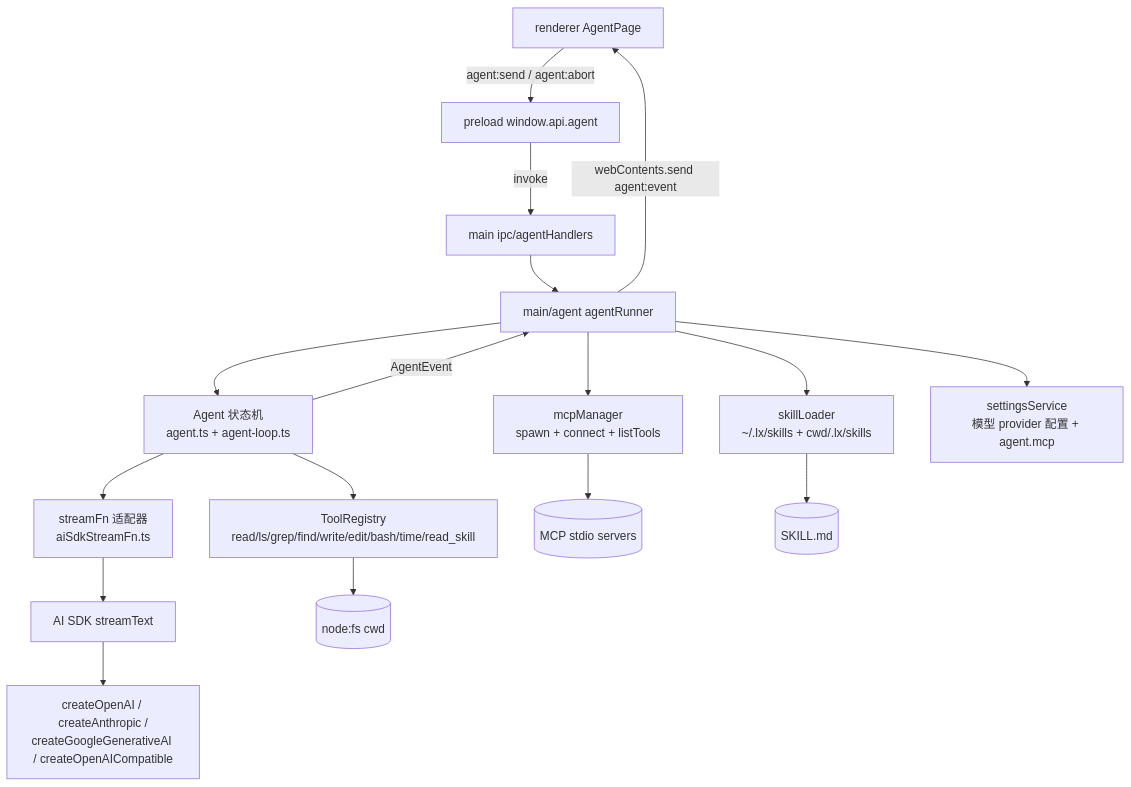
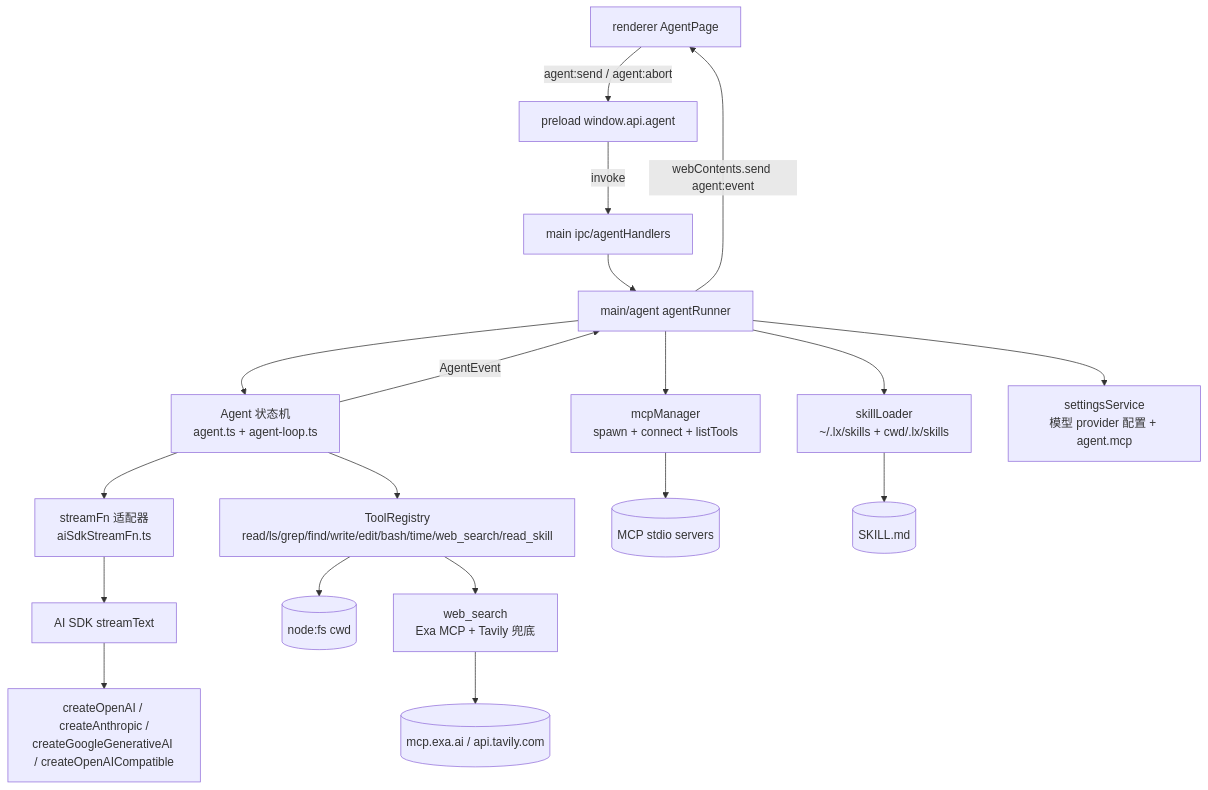
The diagram in docs/agent/design.md (yonah-lin111/lx-agent), drawn with Mermaid before and after one commit. The commit also changed other lines of this file and 13 other files, not shown here.

````diff
--- a/docs/agent/design.md
+++ b/docs/agent/design.md
@@ -21,19 +22,21 @@
 ```mermaid
 flowchart TD
     UI[renderer AgentPage] -->|agent:send / agent:abort| Preload[preload window.api.agent]
     Preload -->|invoke| IPC[main ipc/agentHandlers]
     IPC --> Runner[main/agent agentRunner]
     Runner --> Agent[Agent 状态机<br/>agent.ts + agent-loop.ts]
     Agent --> Adapter[streamFn 适配器<br/>aiSdkStreamFn.ts]
     Adapter --> AI[AI SDK streamText]
     AI --> Provider[createOpenAI / createAnthropic /<br/>createGoogleGenerativeAI / createOpenAICompatible]
-    Agent --> Tools[ToolRegistry<br/>read/ls/grep/find/write/edit/bash/time/read_skill]
+    Agent --> Tools[ToolRegistry<br/>read/ls/grep/find/write/edit/bash/time/web_search/read_skill]
     Tools --> FS[(node:fs cwd)]
+    Tools --> WebSearch[web_search<br/>Exa MCP + Tavily 兜底]
+    WebSearch --> Ext[(mcp.exa.ai / api.tavily.com)]
     Runner --> MCP[mcpManager<br/>spawn + connect + listTools]
     MCP --> McpSrv[(MCP stdio servers)]
     Runner --> Skills[skillLoader<br/>~/.lx/skills + cwd/.lx/skills]
     Skills --> SkillFiles[(SKILL.md)]
     Runner --> Settings[settingsService<br/>模型 provider 配置 + agent.mcp]
     Agent -->|AgentEvent| Runner
     Runner -->|webContents.send agent:event| UI
 ```
````
